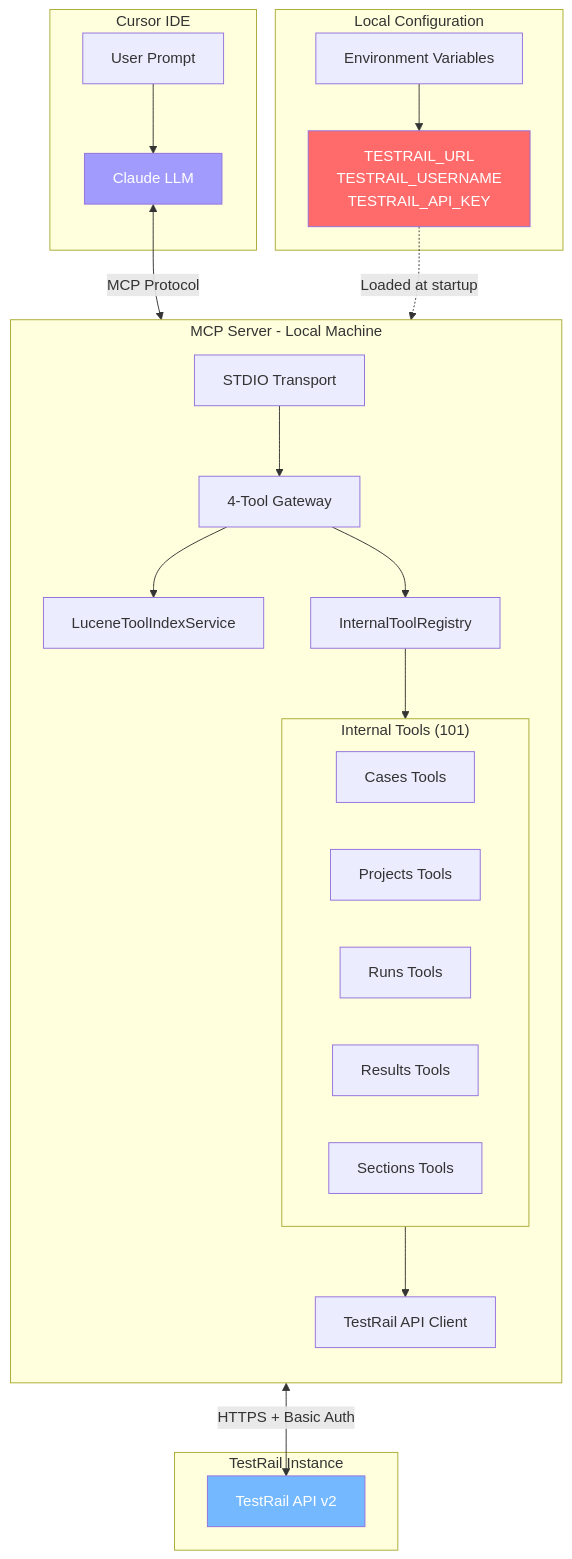
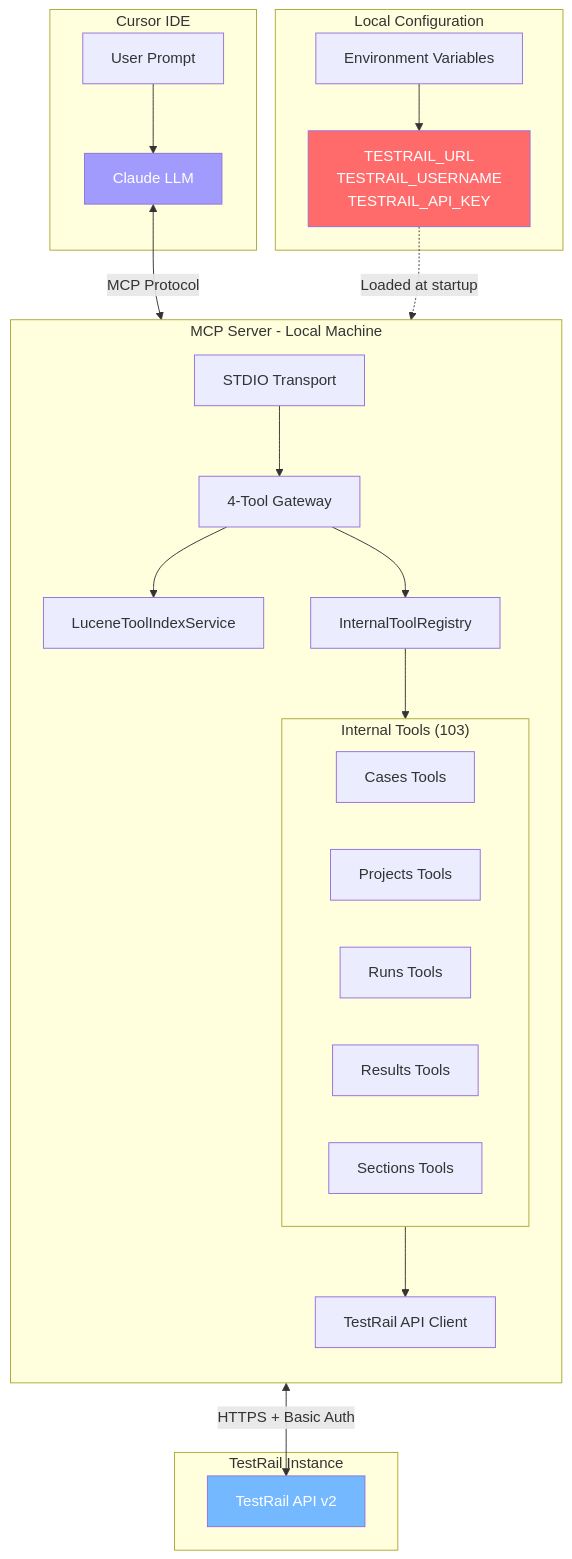
The first of 13 diagrams in docs/ARCHITECTURE.md (maheshyaddanapudi/testrail-mcp-server), drawn with Mermaid before and after one commit. The commit also changed other lines of this file and 2 other files, not shown here.

````diff
--- a/docs/ARCHITECTURE.md
+++ b/docs/ARCHITECTURE.md
@@ -20,50 +20,50 @@
 ```mermaid
 flowchart TB
     subgraph IDE["Cursor IDE"]
         UP[User Prompt]
         LLM[Claude LLM]
         UP --> LLM
     end
 
     subgraph MCP["MCP Server - Local Machine"]
         direction TB
         STDIO[STDIO Transport]
         McpExposed[4-Tool Gateway]
         Lucene[LuceneToolIndexService]
         Registry[InternalToolRegistry]
 
-        subgraph Tools["Internal Tools (101)"]
+        subgraph Tools["Internal Tools (103)"]
             CT[Cases Tools]
             PT[Projects Tools]
             RT[Runs Tools]
             RST[Results Tools]
             ST[Sections Tools]
         end
 
         TC[TestRail API Client]
 
         STDIO --> McpExposed
         McpExposed --> Lucene
         McpExposed --> Registry
         Registry --> Tools
         Tools --> TC
     end
 
     subgraph Config["Local Configuration"]
         ENV[Environment Variables]
         CREDS["TESTRAIL_URL<br/>TESTRAIL_USERNAME<br/>TESTRAIL_API_KEY"]
         ENV --> CREDS
     end
 
     subgraph TR["TestRail Instance"]
         API[TestRail API v2]
     end
 
     LLM <-->|MCP Protocol| STDIO
     TC <-->|HTTPS + Basic Auth| API
     CREDS -.->|Loaded at startup| TC
 
     style CREDS fill:#ff6b6b,color:#fff
     style LLM fill:#a29bfe,color:#fff
     style API fill:#74b9ff,color:#fff
 ```
````
